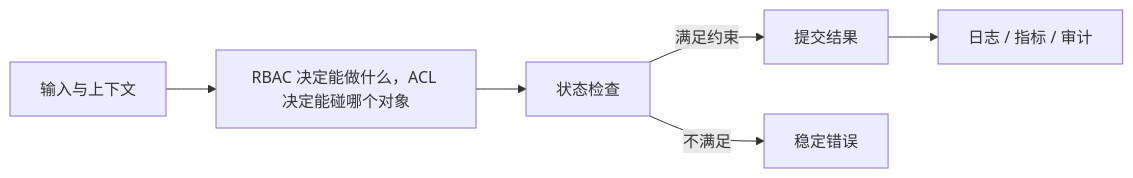
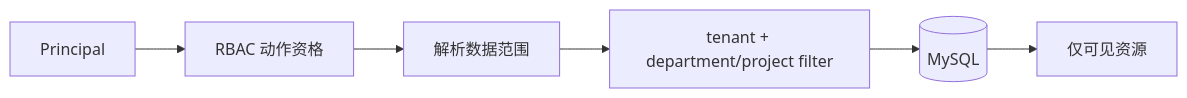
One commit to upJiang/jiang-blog-vitepress changed the diagram in docs/backend/acl-multitenant-data-scope.md. Above: the diagram before and after it, drawn with Mermaid. The commit also changed other lines of this file and 341 other files, not shown here.

````diff
--- a/docs/backend/acl-multitenant-data-scope.md
+++ b/docs/backend/acl-multitenant-data-scope.md
@@ -34,8 +80,8 @@
 ```mermaid
 flowchart LR
-  A[输入与上下文] --> B[RBAC 决定能做什么，ACL 决定能碰哪个对象]
-  B --> C[状态检查]
-  C -->|满足约束| D[提交结果]
-  C -->|不满足| E[稳定错误]
-  D --> F[日志 / 指标 / 审计]
+  P[Principal] --> ROLE[RBAC 动作资格]
+  ROLE --> SCOPE[解析数据范围]
+  SCOPE --> FILTER[tenant + department/project filter]
+  FILTER --> DB[(MySQL)]
+  DB --> VISIBLE[仅可见资源]
 ```
````
